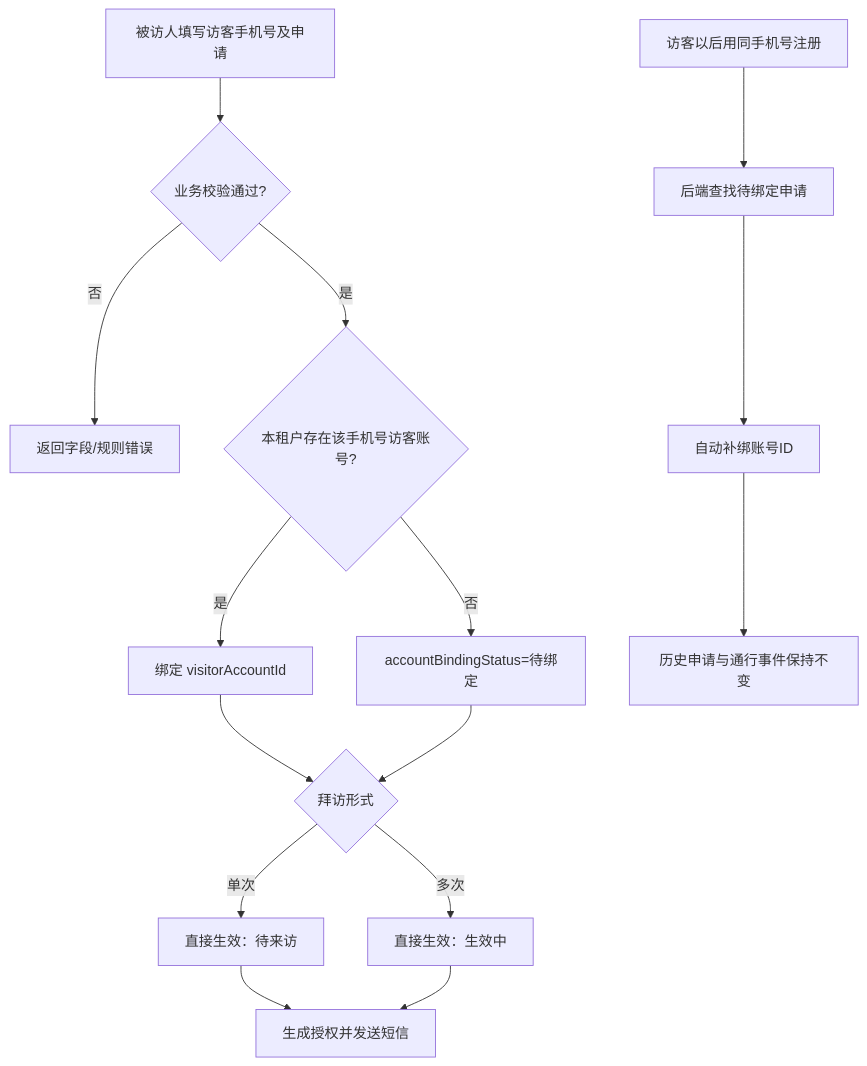
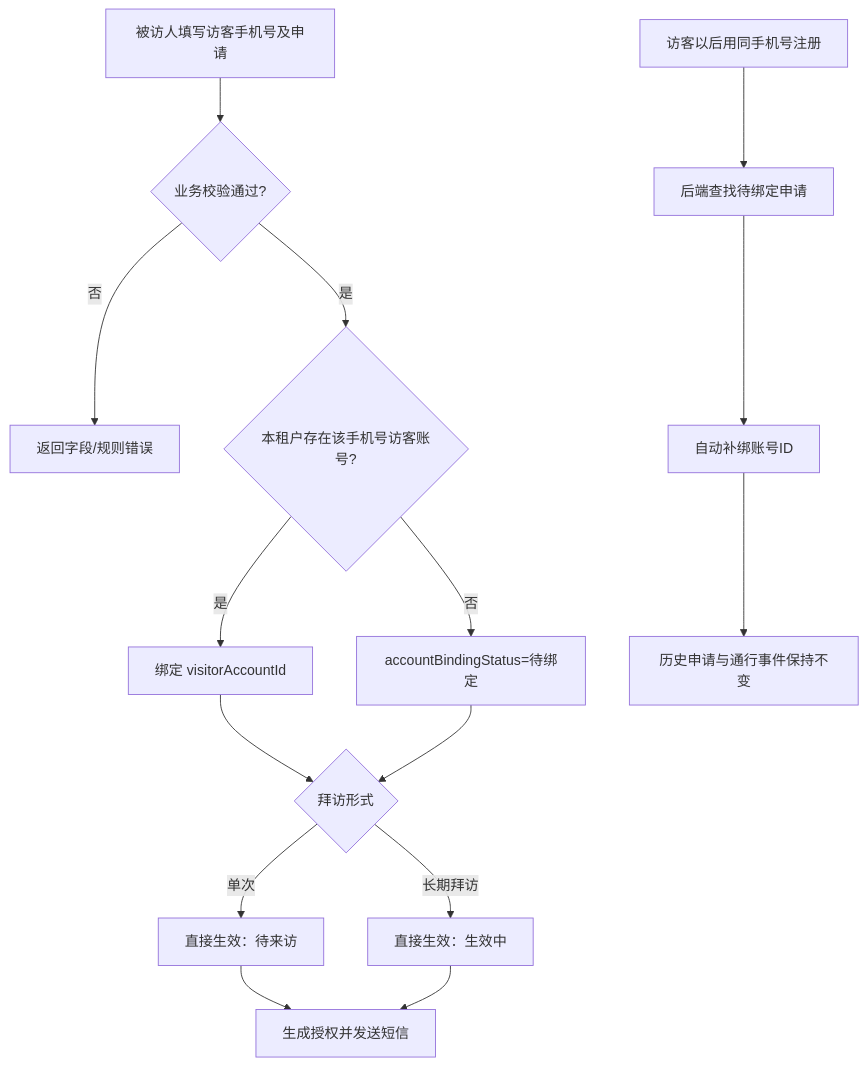
The fourth of 7 diagrams in docs/integration/02-核心业务流程.md (tangxiaochen755-droid/visitor-phase1-visual-blue), drawn with Mermaid before and after one commit. The commit also changed other lines of this file and 15 other files, not shown here.

````diff
--- a/docs/integration/02-核心业务流程.md
+++ b/docs/integration/02-核心业务流程.md
@@ -51,17 +69,17 @@
 ```mermaid
 flowchart TD
   A[被访人填写访客手机号及申请] --> B{业务校验通过?}
   B -- 否 --> X[返回字段/规则错误]
   B -- 是 --> C{本租户存在该手机号访客账号?}
   C -- 是 --> D[绑定 visitorAccountId]
   C -- 否 --> E[accountBindingStatus=待绑定]
   D --> F{拜访形式}
   E --> F
   F -- 单次 --> G[直接生效：待来访]
-  F -- 多次 --> H[直接生效：生效中]
+  F -- 长期拜访 --> H[直接生效：生效中]
   G --> I[生成授权并发送短信]
   H --> I
   J[访客以后用同手机号注册] --> K[后端查找待绑定申请]
   K --> L[自动补绑账号ID]
   L --> M[历史申请与通行事件保持不变]
 ```
````
